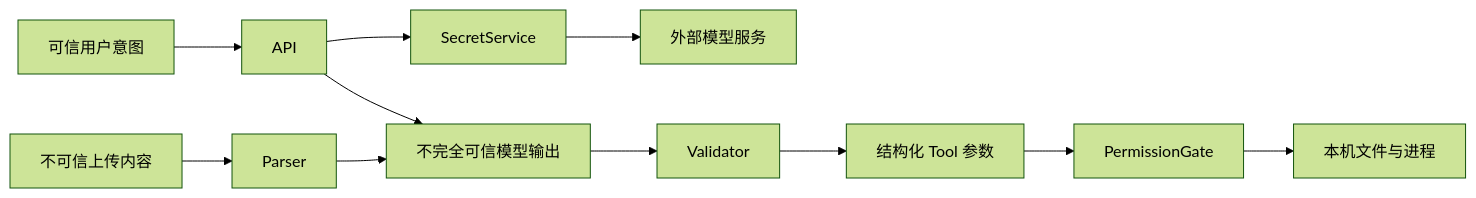
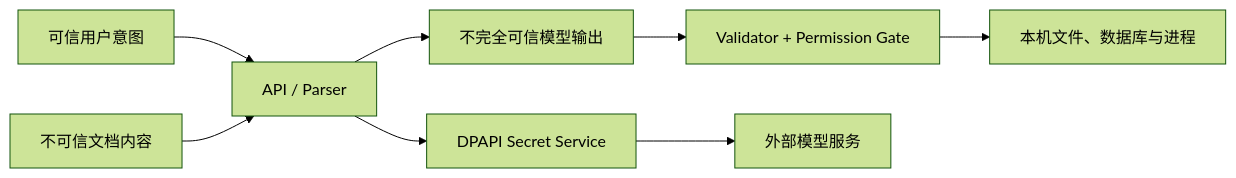
Before and after one commit to yaowensial-g/chipDesignAgent: the fifth of 6 diagrams in docs/architecture-overview.md, drawn with Mermaid (forest theme). The commit also changed other lines of this file and 9 other files, not shown here.

Commit message:
Refresh architecture documentation and context diagrams

````diff
--- a/docs/architecture-overview.md
+++ b/docs/architecture-overview.md
@@ -684,16 +368,16 @@
 ```mermaid
 flowchart LR
     Human[可信用户意图]
-    Upload[不可信上传内容]
-    LLM[不完全可信模型输出]
-    ToolInput[结构化 Tool 参数]
-    OS[本机文件与进程]
+    Upload[不可信文档内容]
+    API[API / Parser]
+    Model[不完全可信模型输出]
+    Gate[Validator + Permission Gate]
+    State[本机文件、数据库与进程]
+    Secret[DPAPI Secret Service]
     External[外部模型服务]
-
     Human --> API
-    Upload --> Parser --> LLM
-    API --> LLM
-    LLM --> Validator --> ToolInput
-    ToolInput --> PermissionGate --> OS
-    API --> SecretService --> External
+    Upload --> API
+    API --> Model
+    Model --> Gate --> State
+    API --> Secret --> External
 ```
````
